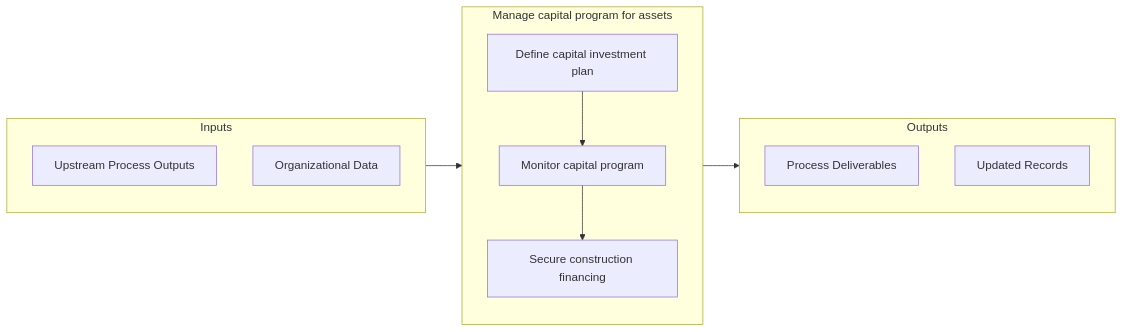
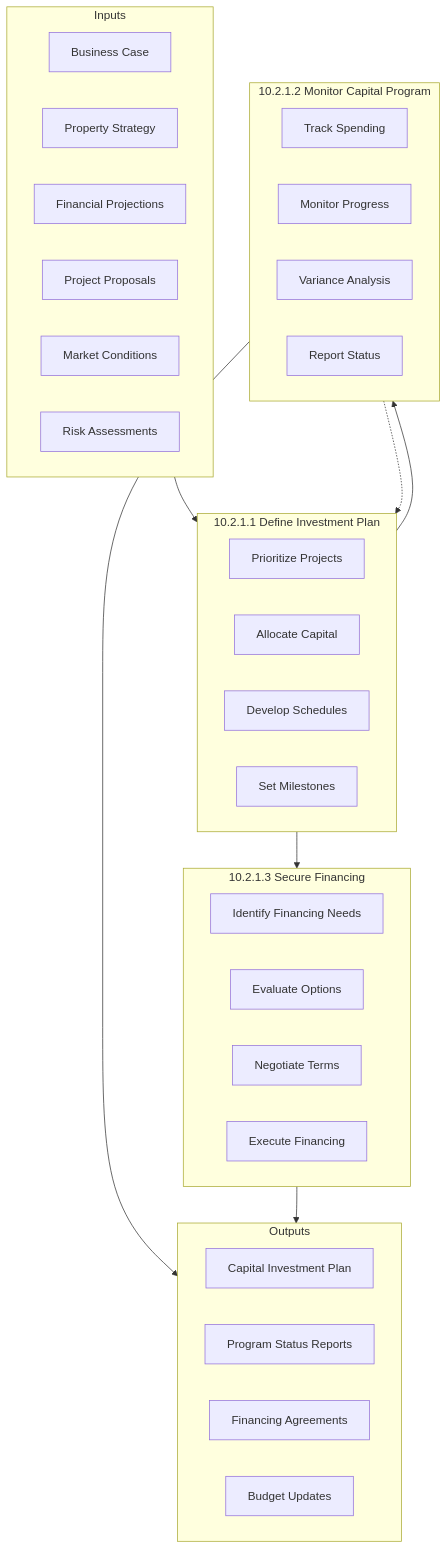
One commit to kziemski/business.org.ai changed the second of 3 diagrams in processes/10-Assets/10.2-DesignConstructAssets/10.2.1-ManageCapitalProgramAssets/index.mdx. Above: the diagram before and after it, drawn with Mermaid. The commit also changed other lines of this file and 885 other files, not shown here.

````diff
--- a/processes/10-Assets/10.2-DesignConstructAssets/10.2.1-ManageCapitalProgramAssets/index.mdx
+++ b/processes/10-Assets/10.2-DesignConstructAssets/10.2.1-ManageCapitalProgramAssets/index.mdx
@@ -63,22 +50,46 @@
 ```mermaid
-flowchart LR
+flowchart TB
     subgraph Inputs["Inputs"]
-        I1["Upstream Process Outputs"]
-        I2["Organizational Data"]
+        I1["Business Case"]
+        I2["Property Strategy"]
+        I3["Financial Projections"]
+        I4["Project Proposals"]
+        I5["Market Conditions"]
+        I6["Risk Assessments"]
     end
 
-    subgraph Process["Manage capital program for assets"]
-        S1["Define capital investment plan"]
-        S2["Monitor capital program"]
-        S3["Secure construction financing"]
+    subgraph Plan["10.2.1.1 Define Investment Plan"]
+        P1["Prioritize Projects"]
+        P2["Allocate Capital"]
+        P3["Develop Schedules"]
+        P4["Set Milestones"]
+    end
+
+    subgraph Monitor["10.2.1.2 Monitor Capital Program"]
+        M1["Track Spending"]
+        M2["Monitor Progress"]
+        M3["Variance Analysis"]
+        M4["Report Status"]
+    end
+
+    subgraph Finance["10.2.1.3 Secure Financing"]
+        F1["Identify Financing Needs"]
+        F2["Evaluate Options"]
+        F3["Negotiate Terms"]
+        F4["Execute Financing"]
     end
 
     subgraph Outputs["Outputs"]
-        O1["Process Deliverables"]
-        O2["Updated Records"]
+        OUT1["Capital Investment Plan"]
+        OUT2["Program Status Reports"]
+        OUT3["Financing Agreements"]
+        OUT4["Budget Updates"]
     end
 
-    Inputs --> Process --> Outputs
-    S1 --> S2
-    S2 --> S3
+    Inputs --> Plan
+    Plan --> Monitor
+    Plan --> Finance
+    Monitor --> Outputs
+    Finance --> Outputs
+    Monitor -.-> Plan
 ```
````
